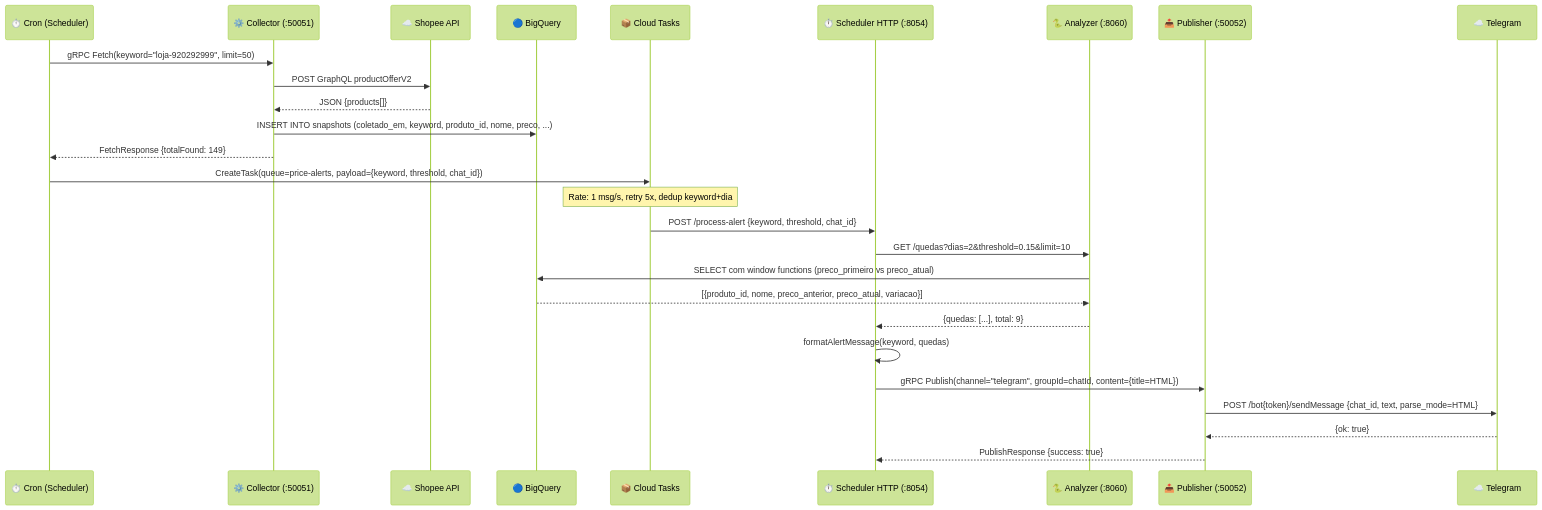
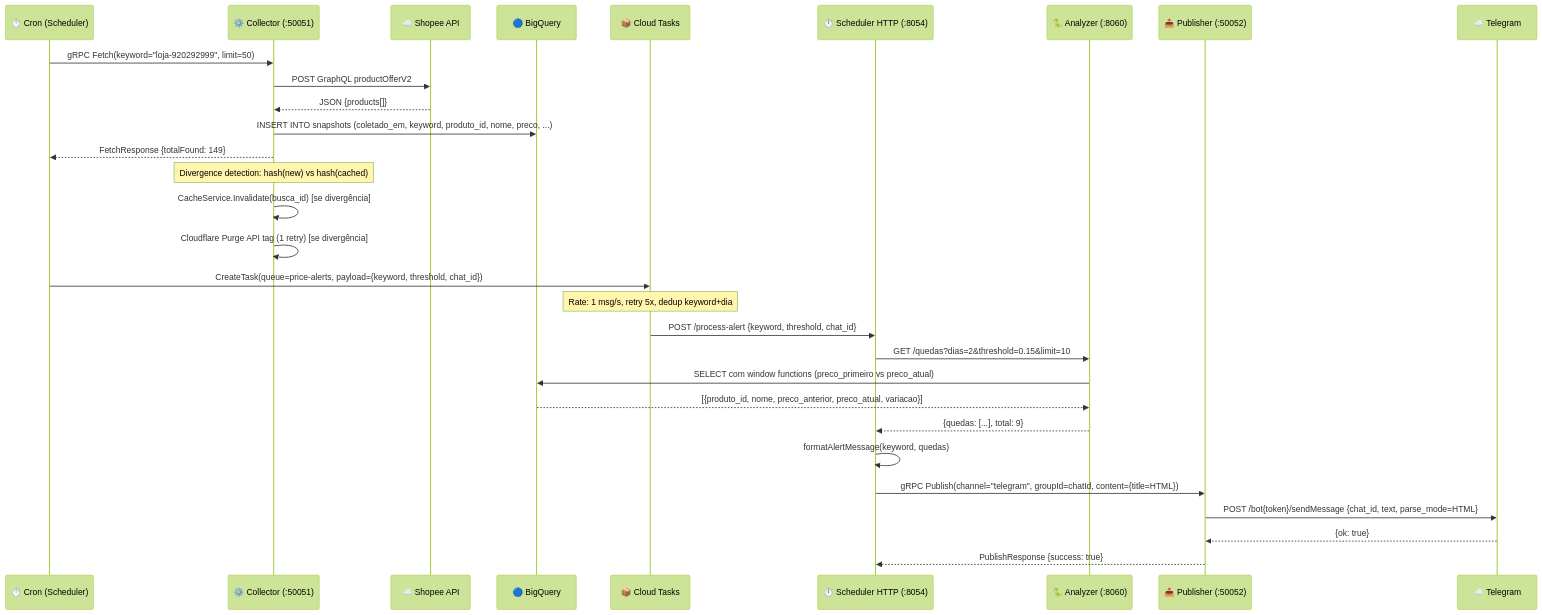
One commit to fmarquesfilho/garimpo changed the fifth of 13 diagrams in docs/08-fluxos-sequencia.md. Above: the diagram before and after it, drawn with Mermaid (forest theme). The commit also changed other lines of this file and 16 other files, not shown here.

````diff
--- a/docs/08-fluxos-sequencia.md
+++ b/docs/08-fluxos-sequencia.md
@@ -251,30 +269,33 @@
 ```mermaid
 sequenceDiagram
     participant CR as ⏱️ Cron (Scheduler)
     participant C as ⚙️ Collector (:50051)
     participant S as ☁️ Shopee API
     participant BQ as 🔵 BigQuery
     participant CT as 📦 Cloud Tasks
     participant SH as ⏱️ Scheduler HTTP (:8054)
     participant AN as 🐍 Analyzer (:8060)
     participant P as 📤 Publisher (:50052)
     participant T as ☁️ Telegram
 
     CR->>C: gRPC Fetch(keyword="loja-920292999", limit=50)
     C->>S: POST GraphQL productOfferV2
     S-->>C: JSON {products[]}
     C->>BQ: INSERT INTO snapshots (coletado_em, keyword, produto_id, nome, preco, ...)
     C-->>CR: FetchResponse {totalFound: 149}
+    Note over C: Divergence detection: hash(new) vs hash(cached)
+    C->>C: CacheService.Invalidate(busca_id) [se divergência]
+    C->>C: Cloudflare Purge API tag (1 retry) [se divergência]
     CR->>CT: CreateTask(queue=price-alerts, payload={keyword, threshold, chat_id})
     Note over CT: Rate: 1 msg/s, retry 5x, dedup keyword+dia
     CT->>SH: POST /process-alert {keyword, threshold, chat_id}
     SH->>AN: GET /quedas?dias=2&threshold=0.15&limit=10
     AN->>BQ: SELECT com window functions (preco_primeiro vs preco_atual)
     BQ-->>AN: [{produto_id, nome, preco_anterior, preco_atual, variacao}]
     AN-->>SH: {quedas: [...], total: 9}
     SH->>SH: formatAlertMessage(keyword, quedas)
     SH->>P: gRPC Publish(channel="telegram", groupId=chatId, content={title=HTML})
     P->>T: POST /bot{token}/sendMessage {chat_id, text, parse_mode=HTML}
     T-->>P: {ok: true}
     P-->>SH: PublishResponse {success: true}
 ```
````
